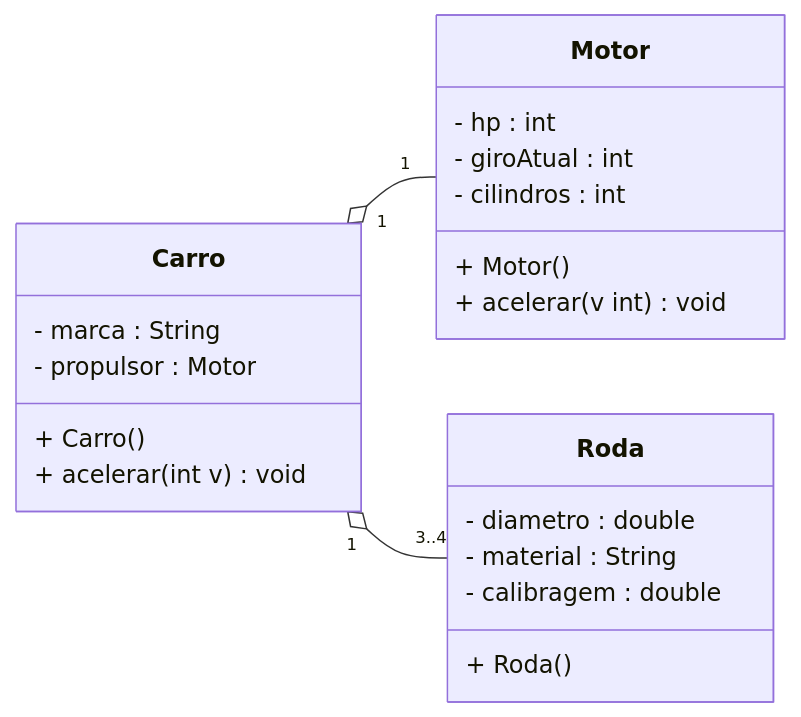
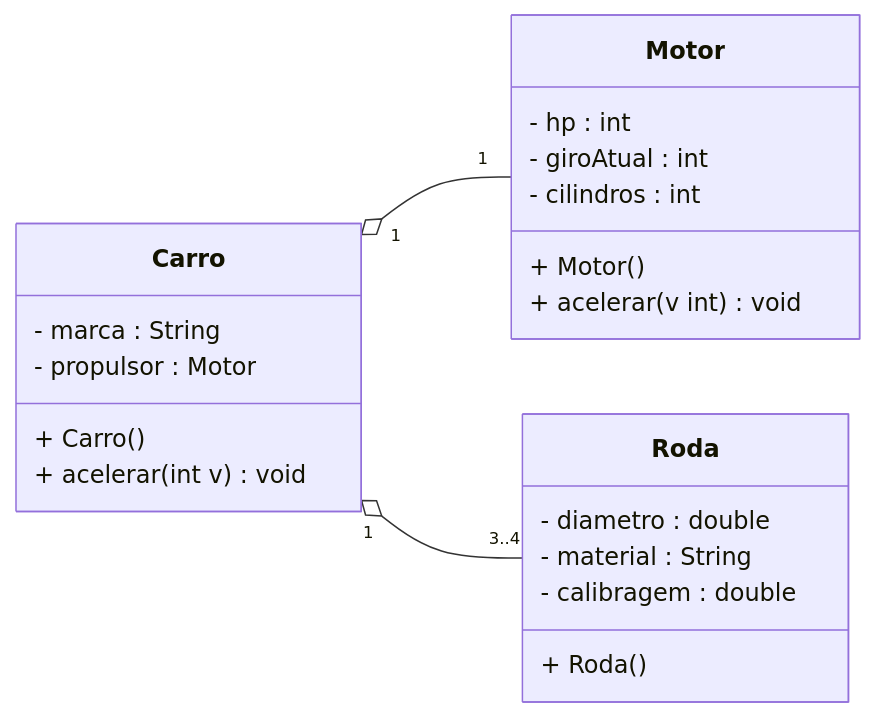
The second of 3 diagrams in aula14/Reame.md (hiagosantos60/POO), drawn with Mermaid before and after one commit. The commit also changed other lines of this file and 4 other files, not shown here.

Commit message:
Iniciando com diagrama de classes UML

````diff
--- a/aula14/Reame.md
+++ b/aula14/Reame.md
@@ -15,31 +17,33 @@
 ``` mermaid
+---
+config:
+    rankSpacing : 100
+---
 classDiagram
     direction LR
 
     class Carro {
         - marca : String
         - propulsor : Motor
         + Carro()
         + acelerar(int v) void
     }
 
     class Motor {
         - hp : int
         - giroAtual : int
         - cilindros : int
         + Motor()
         + acelerar(v int) void
     }
 
     class Roda{
         - diametro : double
         - material : String
         - calibragem : double
         + Roda()
     }
 
     Carro"1" o-- "1"Motor  
     Carro"1" o-- "3..4"Roda
-
-
 ```
````
